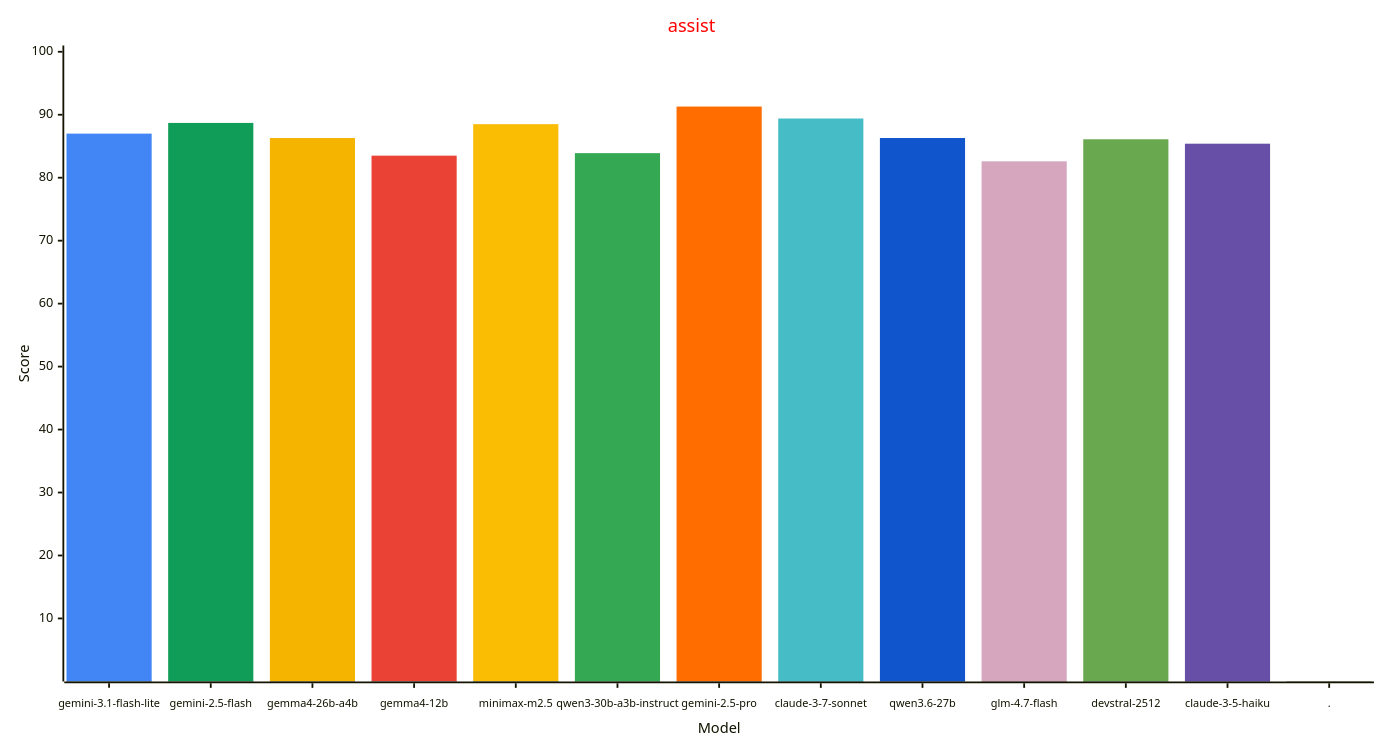
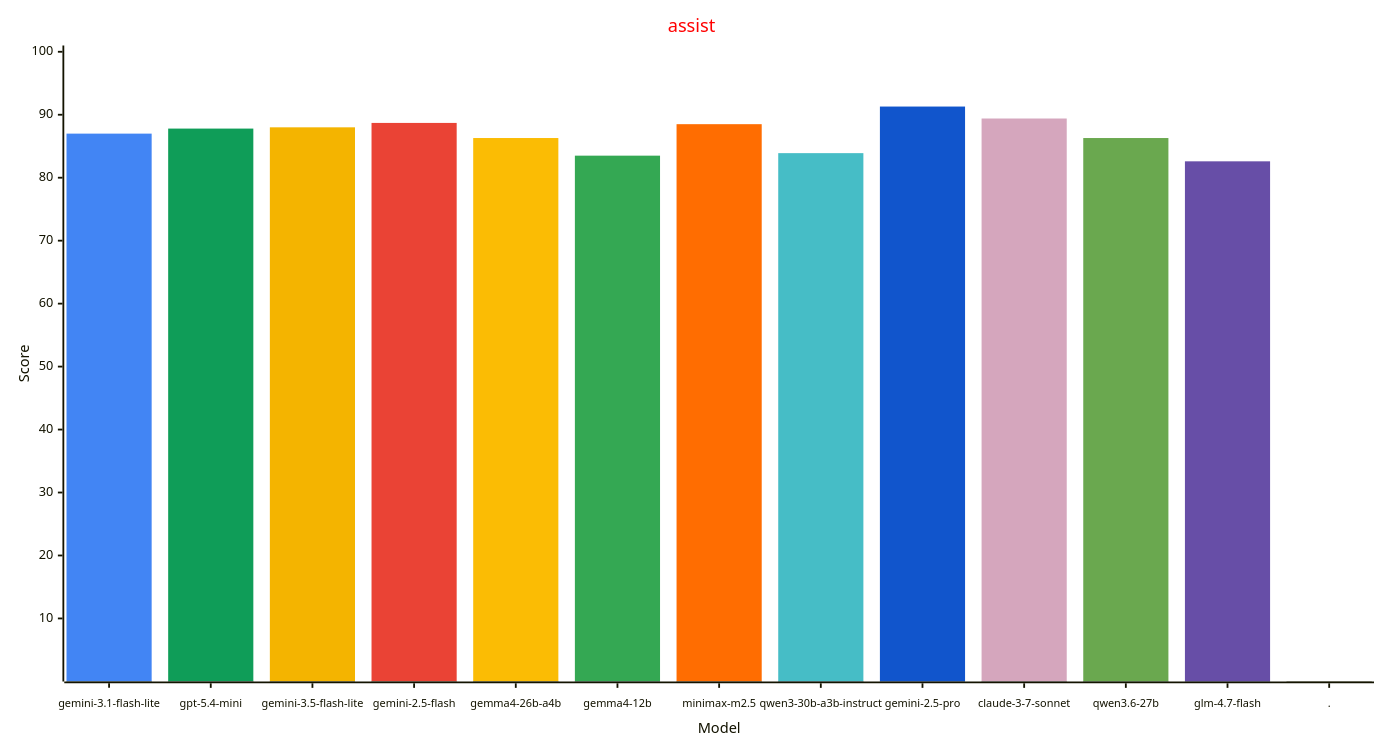
Before and after one commit to allenporter/home-assistant-datasets: the first of 4 diagrams in reports/README.md, drawn with Mermaid. The commit also changed other lines of this file and 2094 other files, not shown here.

First line of the commit message:
Add gpt-5.4-mini and gemini-3.5-flash-lite results (#351)

````diff
--- a/reports/README.md
+++ b/reports/README.md
@@ -70,33 +72,33 @@
 ```mermaid
 ---
 config:
     xyChart:
         width: 1500
         height: 800
         xAxis:
           labelFontSize: 12
           labelPadding: 8
     themeVariables:
         xyChart:
             titleColor: "#ff0000"
             plotColorPalette: "#4285f4, #0f9d58, #f4b400, #ea4335, #fbbc04, #34a853, #ff6d01, #46bdc6, #1155cc, #d5a6bd, #6aa84f, #674ea7, #4285f4"
 
 ---
 xychart-beta
   title "assist"
-  x-axis "Model" [gemini-3.1-flash-lite, gemini-2.5-flash, gemma4-26b-a4b, gemma4-12b, minimax-m2.5, qwen3-30b-a3b-instruct, gemini-2.5-pro, claude-3-7-sonnet, qwen3.6-27b, glm-4.7-flash, devstral-2512, claude-3-5-haiku, .]
+  x-axis "Model" [gemini-3.1-flash-lite, gpt-5.4-mini, gemini-3.5-flash-lite, gemini-2.5-flash, gemma4-26b-a4b, gemma4-12b, minimax-m2.5, qwen3-30b-a3b-instruct, gemini-2.5-pro, claude-3-7-sonnet, qwen3.6-27b, glm-4.7-flash, .]
   y-axis "Score" 1 --> 100
   bar [87.0, 0.0, 0.0, 0.0, 0.0, 0.0, 0.0, 0.0, 0.0, 0.0, 0.0, 0.0, 0.0]
-  bar [0.0, 88.7, 0.0, 0.0, 0.0, 0.0, 0.0, 0.0, 0.0, 0.0, 0.0, 0.0, 0.0]
-  bar [0.0, 0.0, 86.3, 0.0, 0.0, 0.0, 0.0, 0.0, 0.0, 0.0, 0.0, 0.0, 0.0]
-  bar [0.0, 0.0, 0.0, 83.5, 0.0, 0.0, 0.0, 0.0, 0.0, 0.0, 0.0, 0.0, 0.0]
-  bar [0.0, 0.0, 0.0, 0.0, 88.5, 0.0, 0.0, 0.0, 0.0, 0.0, 0.0, 0.0, 0.0]
-  bar [0.0, 0.0, 0.0, 0.0, 0.0, 83.9, 0.0, 0.0, 0.0, 0.0, 0.0, 0.0, 0.0]
-  bar [0.0, 0.0, 0.0, 0.0, 0.0, 0.0, 91.3, 0.0, 0.0, 0.0, 0.0, 0.0, 0.0]
-  bar [0.0, 0.0, 0.0, 0.0, 0.0, 0.0, 0.0, 89.4, 0.0, 0.0, 0.0, 0.0, 0.0]
-  bar [0.0, 0.0, 0.0, 0.0, 0.0, 0.0, 0.0, 0.0, 86.3, 0.0, 0.0, 0.0, 0.0]
-  bar [0.0, 0.0, 0.0, 0.0, 0.0, 0.0, 0.0, 0.0, 0.0, 82.6, 0.0, 0.0, 0.0]
-  bar [0.0, 0.0, 0.0, 0.0, 0.0, 0.0, 0.0, 0.0, 0.0, 0.0, 86.1, 0.0, 0.0]
-  bar [0.0, 0.0, 0.0, 0.0, 0.0, 0.0, 0.0, 0.0, 0.0, 0.0, 0.0, 85.4, 0.0]
+  bar [0.0, 87.8, 0.0, 0.0, 0.0, 0.0, 0.0, 0.0, 0.0, 0.0, 0.0, 0.0, 0.0]
+  bar [0.0, 0.0, 88.0, 0.0, 0.0, 0.0, 0.0, 0.0, 0.0, 0.0, 0.0, 0.0, 0.0]
+  bar [0.0, 0.0, 0.0, 88.7, 0.0, 0.0, 0.0, 0.0, 0.0, 0.0, 0.0, 0.0, 0.0]
+  bar [0.0, 0.0, 0.0, 0.0, 86.3, 0.0, 0.0, 0.0, 0.0, 0.0, 0.0, 0.0, 0.0]
+  bar [0.0, 0.0, 0.0, 0.0, 0.0, 83.5, 0.0, 0.0, 0.0, 0.0, 0.0, 0.0, 0.0]
+  bar [0.0, 0.0, 0.0, 0.0, 0.0, 0.0, 88.5, 0.0, 0.0, 0.0, 0.0, 0.0, 0.0]
+  bar [0.0, 0.0, 0.0, 0.0, 0.0, 0.0, 0.0, 83.9, 0.0, 0.0, 0.0, 0.0, 0.0]
+  bar [0.0, 0.0, 0.0, 0.0, 0.0, 0.0, 0.0, 0.0, 91.3, 0.0, 0.0, 0.0, 0.0]
+  bar [0.0, 0.0, 0.0, 0.0, 0.0, 0.0, 0.0, 0.0, 0.0, 89.4, 0.0, 0.0, 0.0]
+  bar [0.0, 0.0, 0.0, 0.0, 0.0, 0.0, 0.0, 0.0, 0.0, 0.0, 86.3, 0.0, 0.0]
+  bar [0.0, 0.0, 0.0, 0.0, 0.0, 0.0, 0.0, 0.0, 0.0, 0.0, 0.0, 82.6, 0.0]
   bar [0.0, 0.0, 0.0, 0.0, 0.0, 0.0, 0.0, 0.0, 0.0, 0.0, 0.0, 0.0, -1.0]
 ```
````
